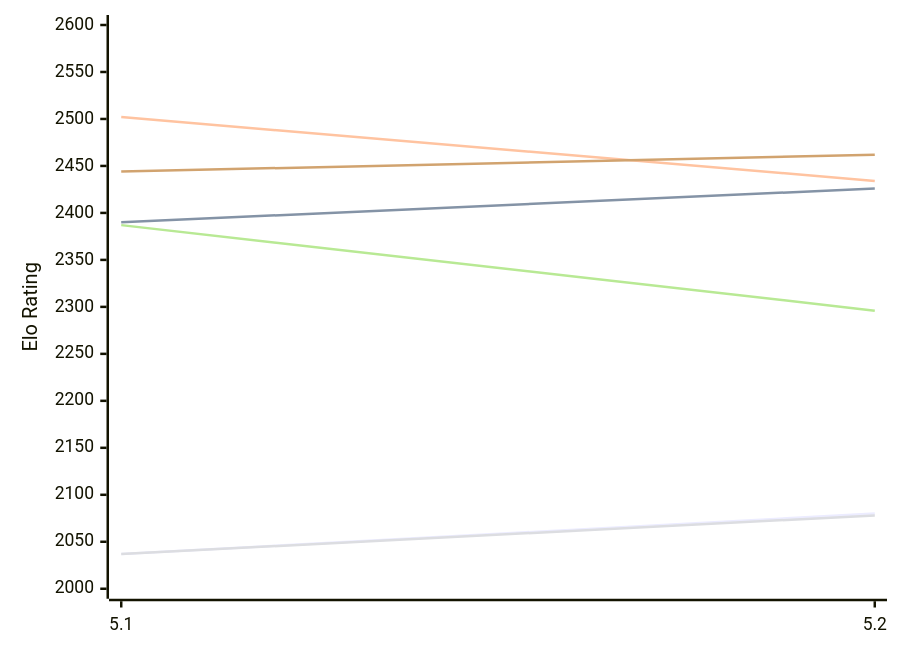
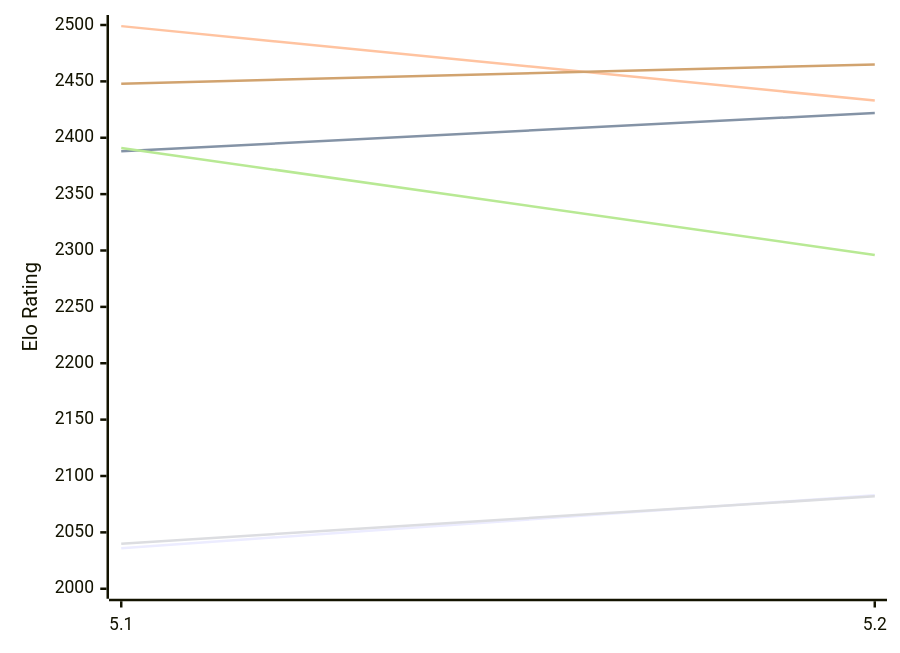
Before and after one commit to computer-chess-index/cci: the first of 2 diagrams in engines/Prophet.md, drawn with Mermaid. The commit also changed other lines of this file, not shown here.

Commit message:
Update CCI Ratings (ELO VLTC) - 2026-11-23

````diff
--- a/engines/Prophet.md
+++ b/engines/Prophet.md
@@ -50,12 +50,12 @@
 ```mermaid
 %%{init: {"theme":"base","themeVariables":{"seriesColors:['#a3a3a3','#222221','#faa371']}}}%%
 xychart-beta
   x-axis ["5.1", "5.2"]
-  y-axis "Elo Rating" 2000 --> 2600
-  line "E1: STC (8.0+0.08s)" [2037, 2080]
-  line "E1: LTC (60.0+0.60s)" [2390, 2426]
-  line "E1: VLTC (2m24s+1.12s)" [2502, 2434]
-  line "P1: STC (8.0+0.08s)" [2037, 2078]
-  line "P1: LTC (60.0+0.60s)" [2387, 2296]
-  line "P1: VLTC (2m24s+1.12s)" [2444, 2462]
+  y-axis "Elo Rating" 2000 --> 2500
+  line "E1: STC (8.0+0.08s)" [2036, 2083]
+  line "E1: LTC (60.0+0.60s)" [2388, 2422]
+  line "E1: VLTC (2m24s+1.12s)" [2499, 2433]
+  line "P1: STC (8.0+0.08s)" [2040, 2082]
+  line "P1: LTC (60.0+0.60s)" [2391, 2296]
+  line "P1: VLTC (2m24s+1.12s)" [2448, 2465]
 ```
````
